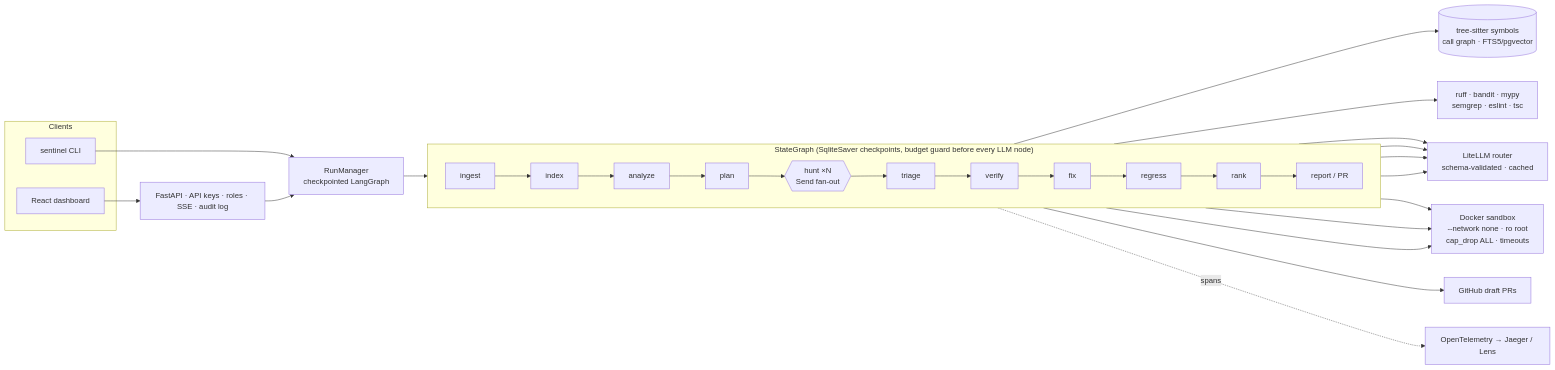
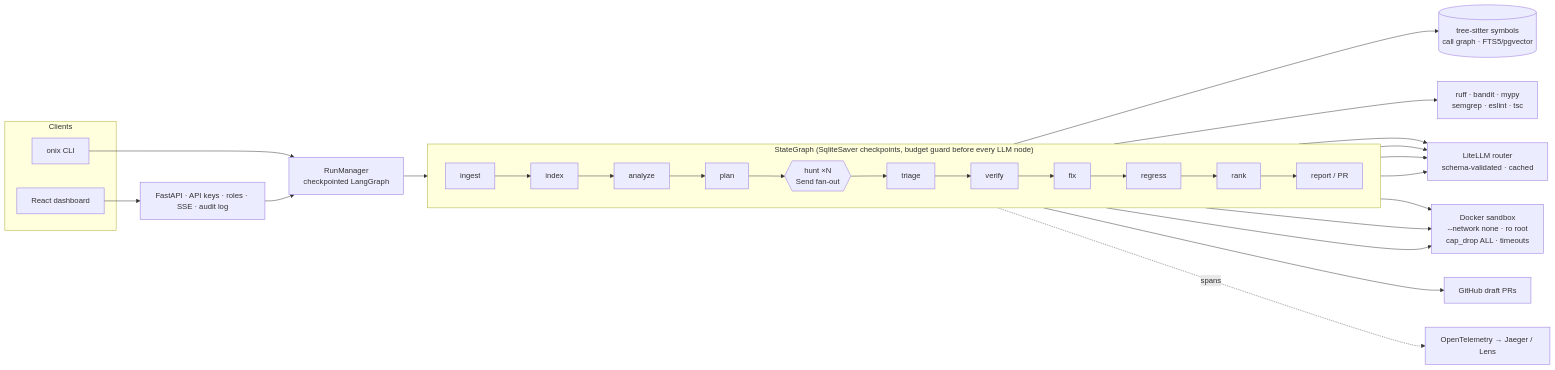
Before and after one commit to AmatyaJoshi/SENTINEL-Autonomous-Codebase-Auditor: the diagram in README.md, drawn with Mermaid. The commit also changed other lines of this file and 206 other files, not shown here.

First line of the commit message:
chore: rename project from Sentinel to Onix (0.2.0)

````diff
--- a/README.md
+++ b/README.md
@@ -31,21 +33,21 @@
 ```mermaid
 flowchart LR
   subgraph Clients
-    CLI[sentinel CLI]
+    CLI[onix CLI]
     UI[React dashboard]
   end
   API[FastAPI · API keys · roles · SSE · audit log]
   CLI --> RM
   UI --> API --> RM[RunManager\ncheckpointed LangGraph]
   subgraph Graph["StateGraph (SqliteSaver checkpoints, budget guard before every LLM node)"]
     direction LR
     I[ingest] --> X[index] --> A[analyze] --> P[plan] --> H{{hunt ×N\nSend fan-out}} --> T[triage] --> V[verify] --> F[fix] --> R[regress] --> K[rank] --> O[report / PR]
   end
   RM --> I
   X --> IDX[(tree-sitter symbols\ncall graph · FTS5/pgvector)]
   A --> AN[ruff · bandit · mypy\nsemgrep · eslint · tsc]
   H & V & F & K --> LLM[LiteLLM router\nschema-validated · cached]
   V & F & R --> SB[Docker sandbox\n--network none · ro root\ncap_drop ALL · timeouts]
   O --> GH[GitHub draft PRs]
   Graph -. spans .-> OT[OpenTelemetry → Jaeger / Lens]
 ```
````
